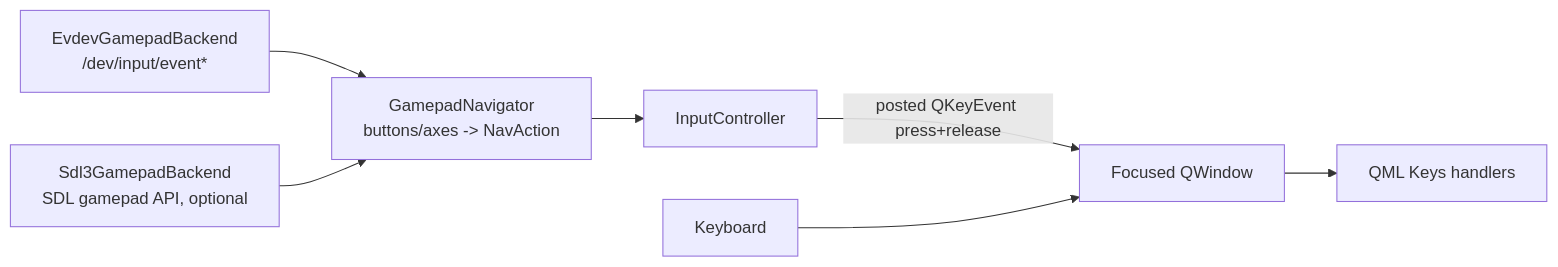
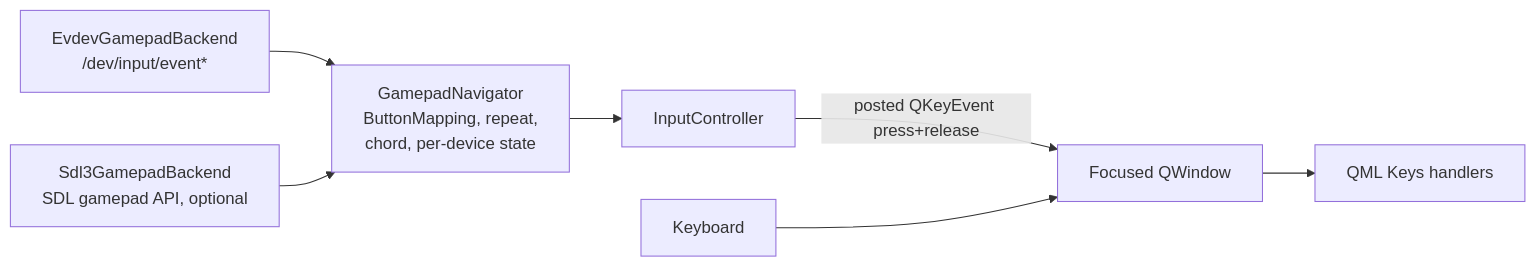
The sixth of 6 diagrams in docs/architecture.md (szebasztianmarton/Nexora-OS), drawn with Mermaid before and after one commit. The commit also changed other lines of this file and 11 other files, not shown here.

First line of the commit message:
README/architecture for MVP 2; remap capture only with a controller backend

````diff
--- a/docs/architecture.md
+++ b/docs/architecture.md
@@ -158,9 +250,9 @@
 ```mermaid
 graph LR
     evdev[EvdevGamepadBackend<br/>/dev/input/event*] --> nav
     sdl[Sdl3GamepadBackend<br/>SDL gamepad API, optional] --> nav
-    nav[GamepadNavigator<br/>buttons/axes -> NavAction] --> ic[InputController]
+    nav[GamepadNavigator<br/>ButtonMapping, repeat,<br/>chord, per-device state] --> ic[InputController]
     ic -- "posted QKeyEvent press+release" --> win[Focused QWindow]
     win --> qml[QML Keys handlers]
     kb[Keyboard] --> win
 ```
````
